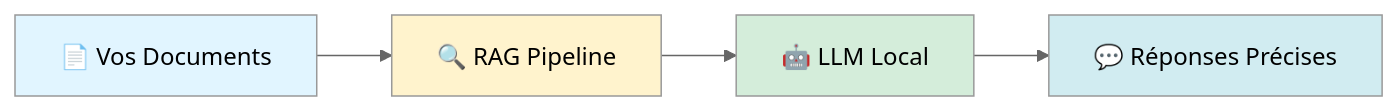
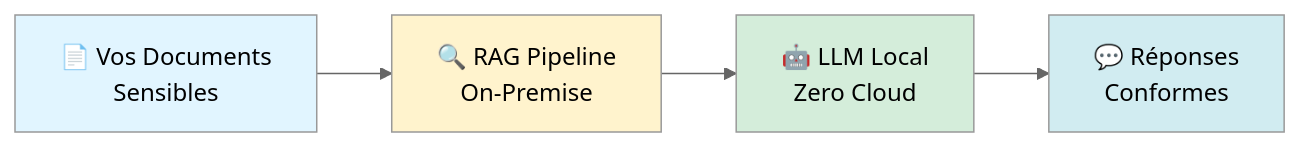
One commit to stepstev/rag-platform-2026-public changed the first of 6 diagrams in README.md. Above: the diagram before and after it, drawn with Mermaid (neutral theme). The commit also changed other lines of this file and 3 other files, not shown here.

````diff
--- a/README.md
+++ b/README.md
@@ -18,11 +19,11 @@
 ```mermaid
 graph LR
-    A[📄 Vos Documents] --> B[🔍 RAG Pipeline]
-    B --> C[🤖 LLM Local]
-    C --> D[💬 Réponses Précises]
+    A[📄 Vos Documents<br/>Sensibles] --> B[🔍 RAG Pipeline<br/>On-Premise]
+    B --> C[🤖 LLM Local<br/>Zero Cloud]
+    C --> D[💬 Réponses<br/>Conformes]
     
     style A fill:#e1f5ff
     style B fill:#fff3cd
     style C fill:#d4edda
     style D fill:#d1ecf1
 ```
````
